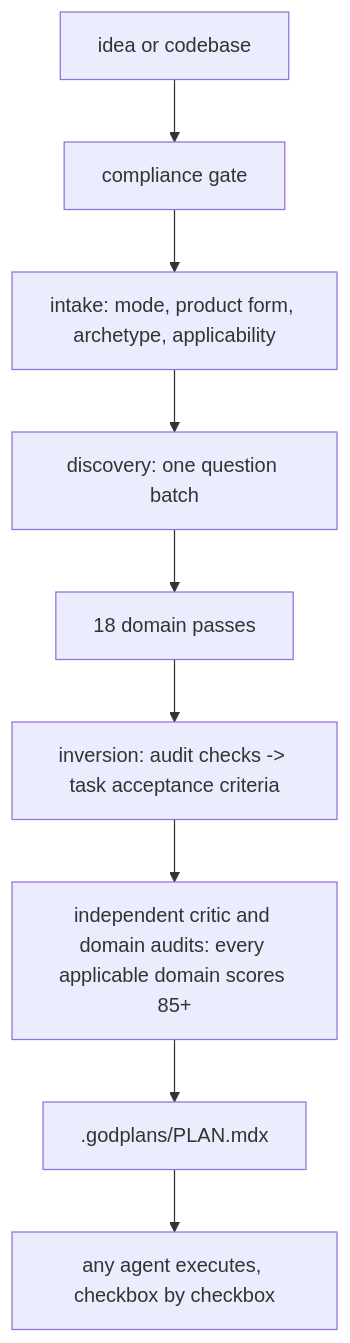
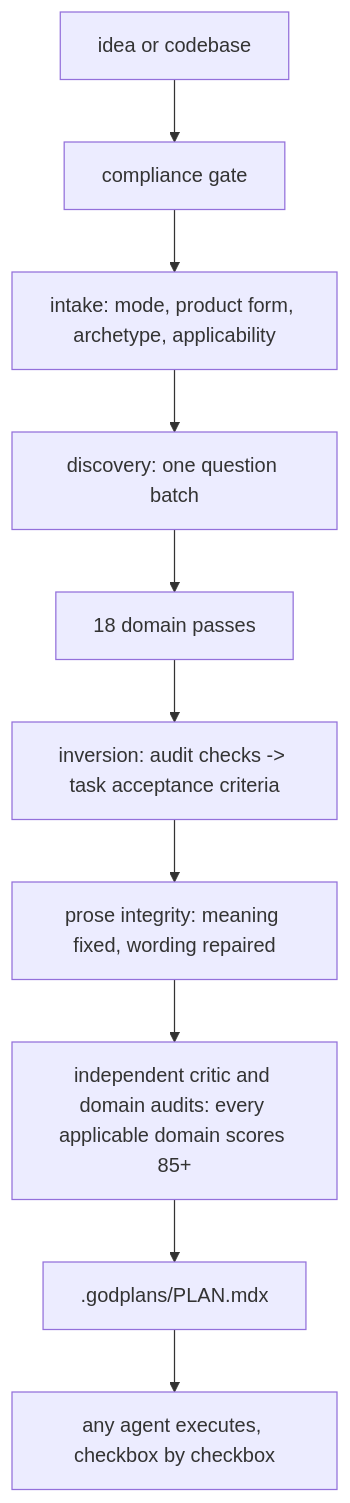
Before and after one commit to hannsxpeter/godplans: the diagram in README.md, drawn with Mermaid. The commit also changed other lines of this file and 16 other files, not shown here.

Commit message:
feat: add prose integrity planning pass (1.13.0)

````diff
--- a/README.md
+++ b/README.md
@@ -143,11 +145,12 @@
 ```mermaid
 graph TD
   A[idea or codebase] --> B[compliance gate]
   B --> C[intake: mode, product form, archetype, applicability]
   C --> D[discovery: one question batch]
   D --> E[18 domain passes]
   E --> F[inversion: audit checks -> task acceptance criteria]
-  F --> G[independent critic and domain audits: every applicable domain scores 85+]
-  G --> H[.godplans/PLAN.mdx]
-  H --> I[any agent executes, checkbox by checkbox]
+  F --> G[prose integrity: meaning fixed, wording repaired]
+  G --> H[independent critic and domain audits: every applicable domain scores 85+]
+  H --> I[.godplans/PLAN.mdx]
+  I --> J[any agent executes, checkbox by checkbox]
 ```
````
